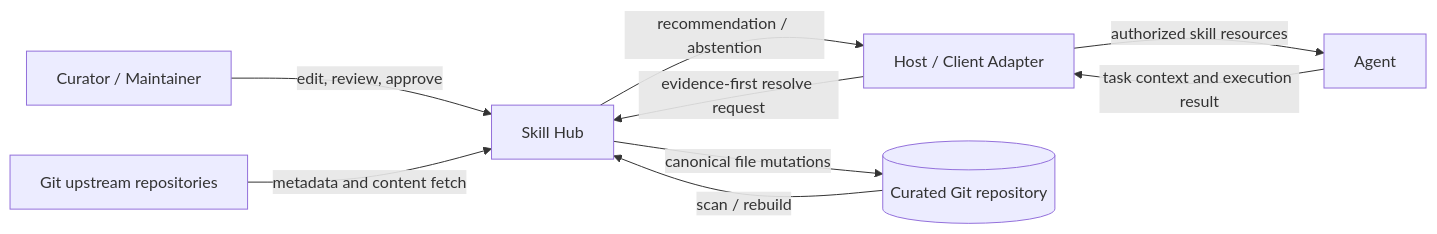
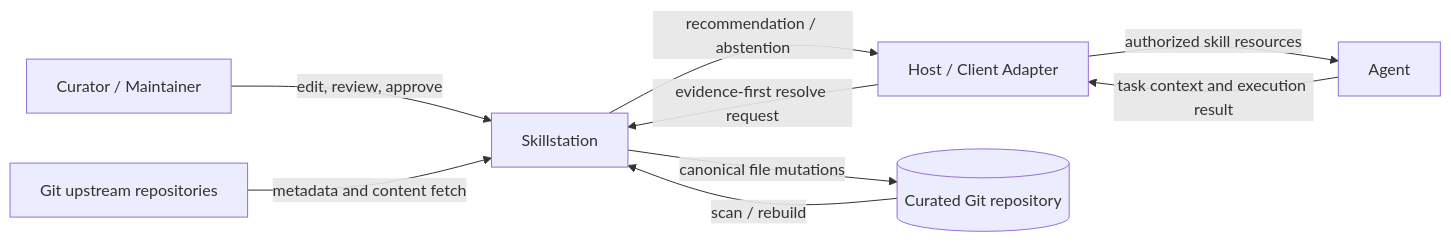
Before and after one commit to vantt/skillstation: the first of 10 diagrams in docs/design/01-system-architecture.md, drawn with Mermaid. The commit also changed other lines of this file and 195 other files, not shown here.

Commit message:
refactor: rename Skill Hub in prose, the default hub folder and the brand files to Skillstation

````diff
--- a/docs/design/01-system-architecture.md
+++ b/docs/design/01-system-architecture.md
@@ -43,18 +43,18 @@
 ```mermaid
 flowchart LR
     U[Curator / Maintainer]
     A[Agent]
     H[Host / Client Adapter]
     GH[Git upstream repositories]
     CR[(Curated Git repository)]
-    SH[Skill Hub]
+    SH[Skillstation]
 
     U -->|edit, review, approve| SH
     SH -->|canonical file mutations| CR
     CR -->|scan / rebuild| SH
     GH -->|metadata and content fetch| SH
     H -->|evidence-first resolve request| SH
     SH -->|recommendation / abstention| H
     H -->|authorized skill resources| A
     A -->|task context and execution result| H
 ```
````
